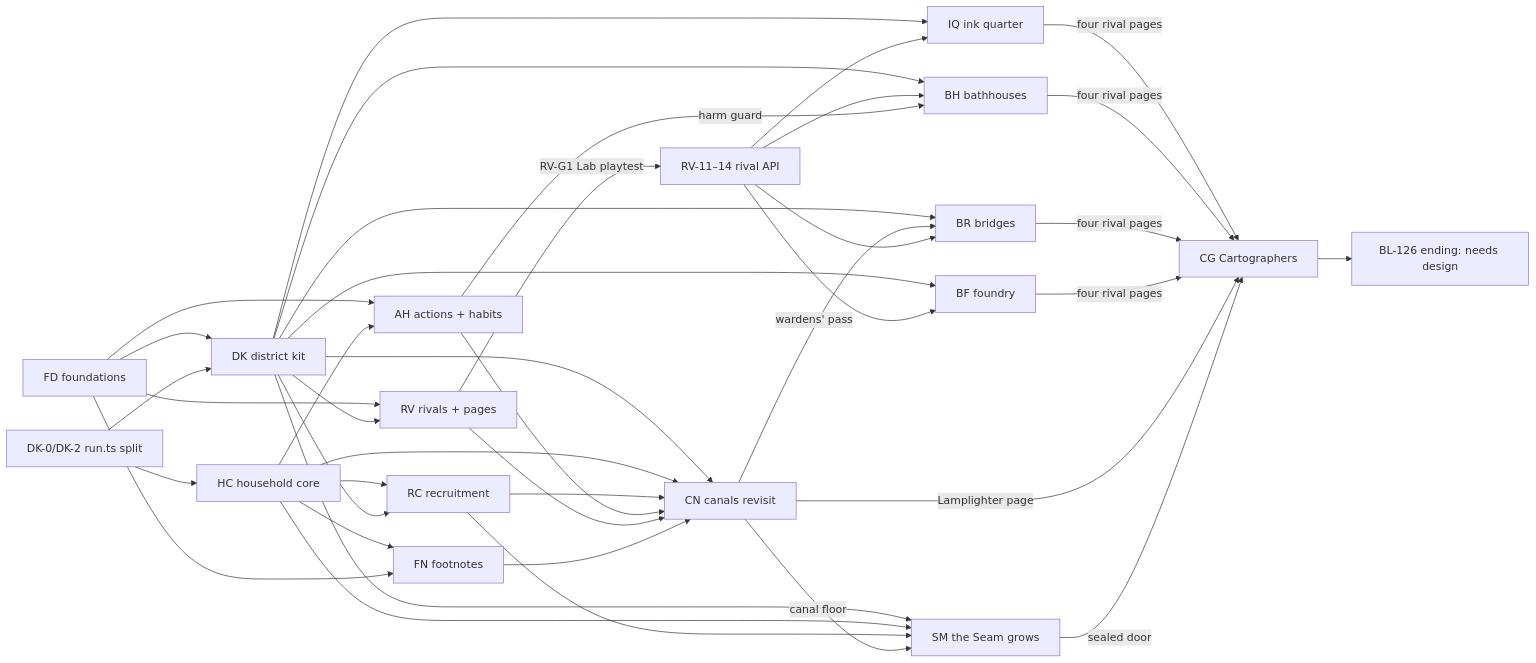
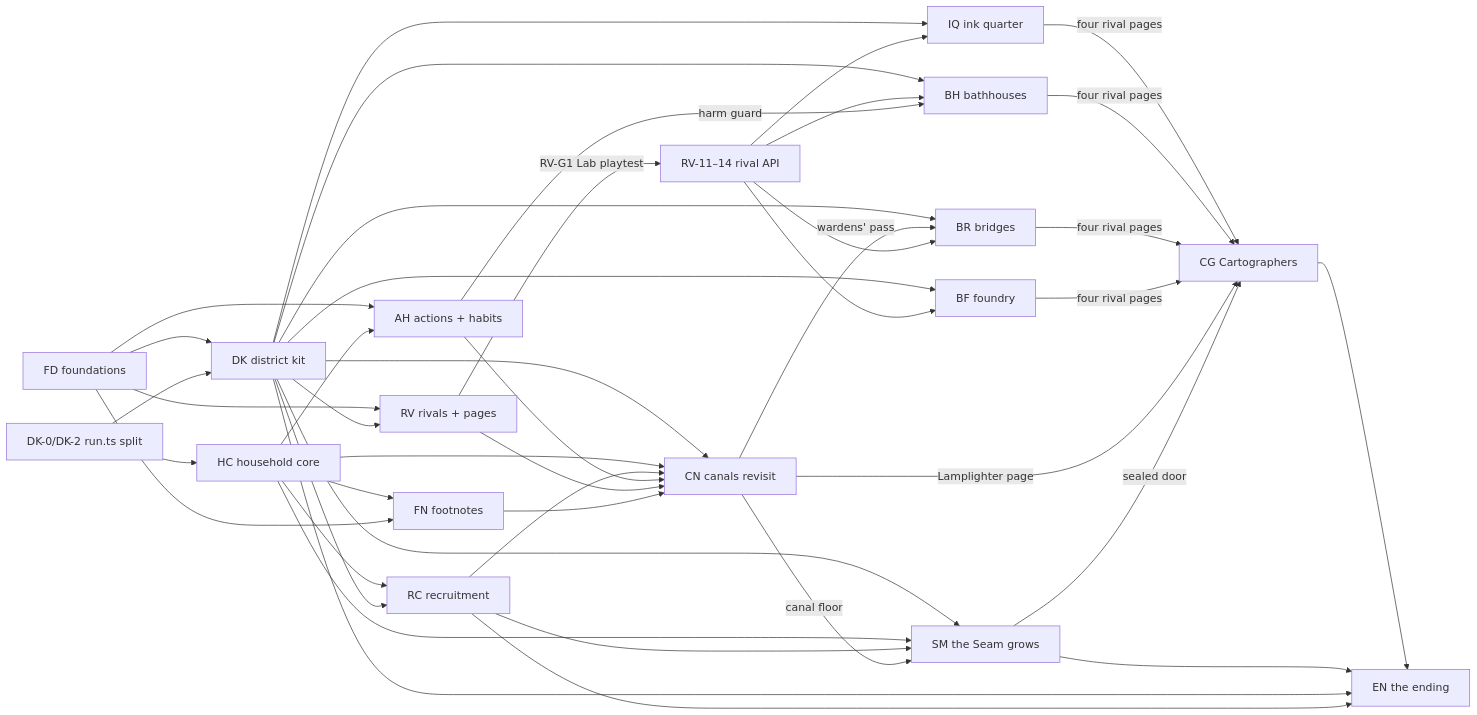
The diagram in docs/ROADMAP.md (lorddzzz/apprentices-notebook), drawn with Mermaid before and after one commit. The commit also changed other lines of this file and 9 other files, not shown here.

First line of the commit message:
docs: design the ending and plan it

````diff
--- a/docs/ROADMAP.md
+++ b/docs/ROADMAP.md
@@ -52,36 +52,39 @@
 ```mermaid
 flowchart LR
   FD[FD foundations] --> DK[DK district kit]
   FD --> AH[AH actions + habits]
   FD --> RV[RV rivals + pages]
   DK0[DK-0/DK-2 run.ts split] --> HC[HC household core]
   DK0 --> DK
   HC --> AH
   HC --> RC[RC recruitment]
   DK --> RC
   HC --> FN[FN footnotes]
   FD --> FN
   DK --> RV
   RV -- RV-G1 Lab playtest --> RVAPI[RV-11–14 rival API]
   DK --> CN[CN canals revisit]
   HC --> CN
   RC --> CN
   AH --> CN
   RV --> CN
   FN --> CN
   DK --> SM[SM the Seam grows]
   HC --> SM
   RC --> SM
   CN -- canal floor --> SM
   DK --> IQ[IQ ink quarter]
   DK --> BH[BH bathhouses]
   DK --> BR[BR bridges]
   DK --> BF[BF foundry]
   CN -- wardens' pass --> BR
   RVAPI --> IQ & BH & BR & BF
   AH -- harm guard --> BH
   IQ & BH & BR & BF -- four rival pages --> CG[CG Cartographers]
   CN -- Lamplighter page --> CG
   SM -- sealed door --> CG
-  CG --> END[BL-126 ending: needs design]
+  CG --> END[EN the ending]
+  SM --> END
+  DK --> END
+  RC --> END
 ```
````
